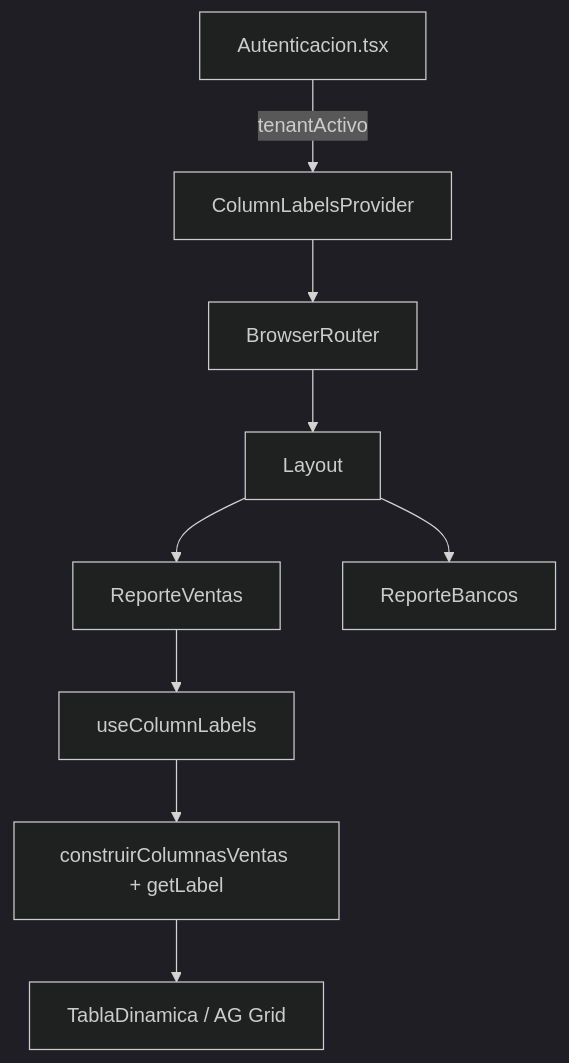
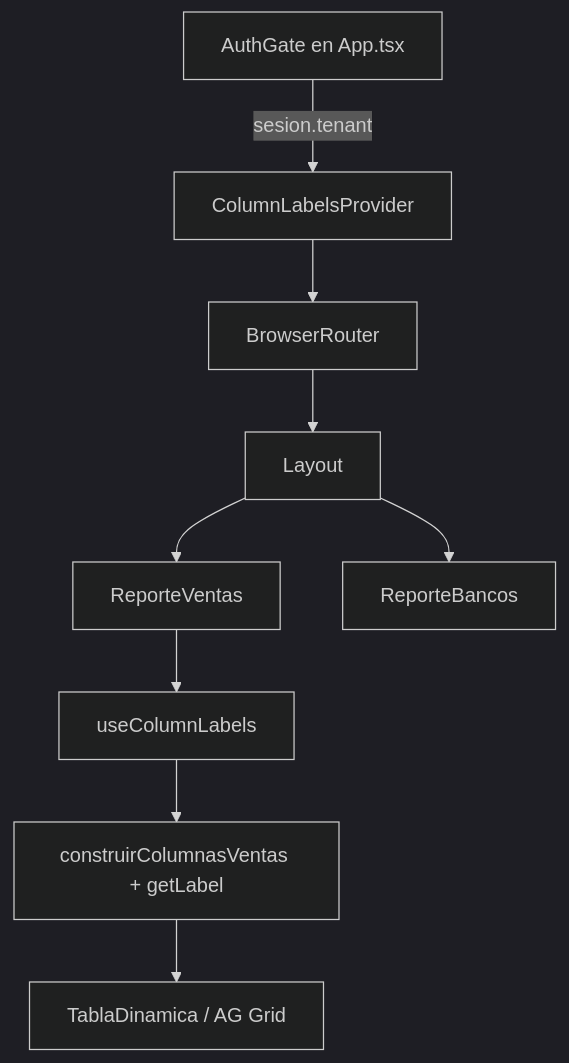
The diagram in repgen-frontend/docs/COLUMN_LABELS_PROVIDER.md (99-Soluciones/rep-gen), drawn with Mermaid (dark theme) before and after one commit. The commit also changed other lines of this file and 133 other files, not shown here.

````diff
--- a/repgen-frontend/docs/COLUMN_LABELS_PROVIDER.md
+++ b/repgen-frontend/docs/COLUMN_LABELS_PROVIDER.md
@@ -21,12 +21,12 @@
 ```mermaid
 flowchart TB
-  AUTH[Autenticacion.tsx]
-  AUTH -->|tenantActivo| PROV[ColumnLabelsProvider]
+  AUTH[AuthGate en App.tsx]
+  AUTH -->|sesion.tenant| PROV[ColumnLabelsProvider]
   PROV --> ROUTER[BrowserRouter]
   ROUTER --> LAYOUT[Layout]
   LAYOUT --> VENTAS[ReporteVentas]
   LAYOUT --> BANCOS[ReporteBancos]
   VENTAS --> HOOK[useColumnLabels]
   HOOK --> COLS[construirColumnasVentas + getLabel]
   COLS --> GRID[TablaDinamica / AG Grid]
 ```
````
